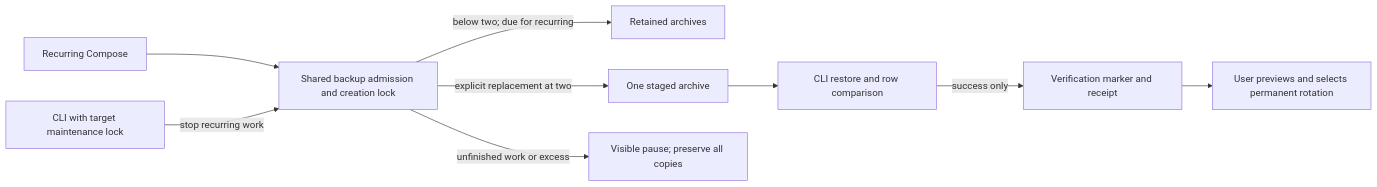
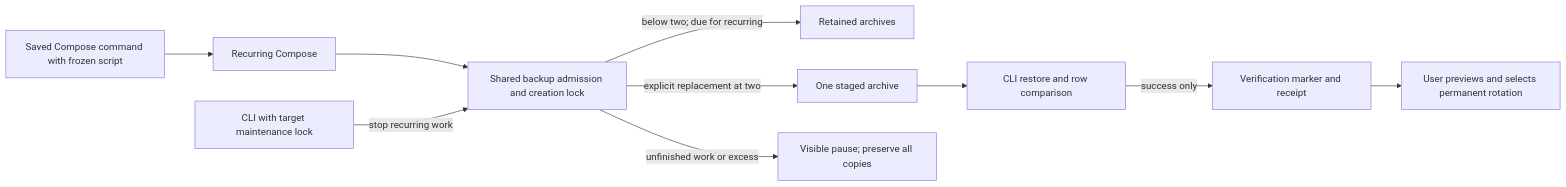
One commit to aaweaver-actuary/tempo changed the diagram in database/tooling/cli/README.md. Above: the diagram before and after it, drawn with Mermaid. The commit also changed other lines of this file and 3 other files, not shown here.

Commit message:
Freeze recurring backup policy inside saved Compose releases

````diff
--- a/database/tooling/cli/README.md
+++ b/database/tooling/cli/README.md
@@ -45,11 +49,12 @@
 ```mermaid
 flowchart LR
+  Release[Saved Compose command with frozen script] --> Recurring
   Recurring[Recurring Compose] --> Guard[Shared backup admission and creation lock]
   CLI[CLI with target maintenance lock] -->|stop recurring work| Guard
   Guard -->|below two; due for recurring| Retained[Retained archives]
   Guard -->|explicit replacement at two| Stage[One staged archive]
   Stage --> Restore[CLI restore and row comparison]
   Restore -->|success only| Verified[Verification marker and receipt]
   Verified --> User[User previews and selects permanent rotation]
   Guard -->|unfinished work or excess| Paused[Visible pause; preserve all copies]
 ```
````
